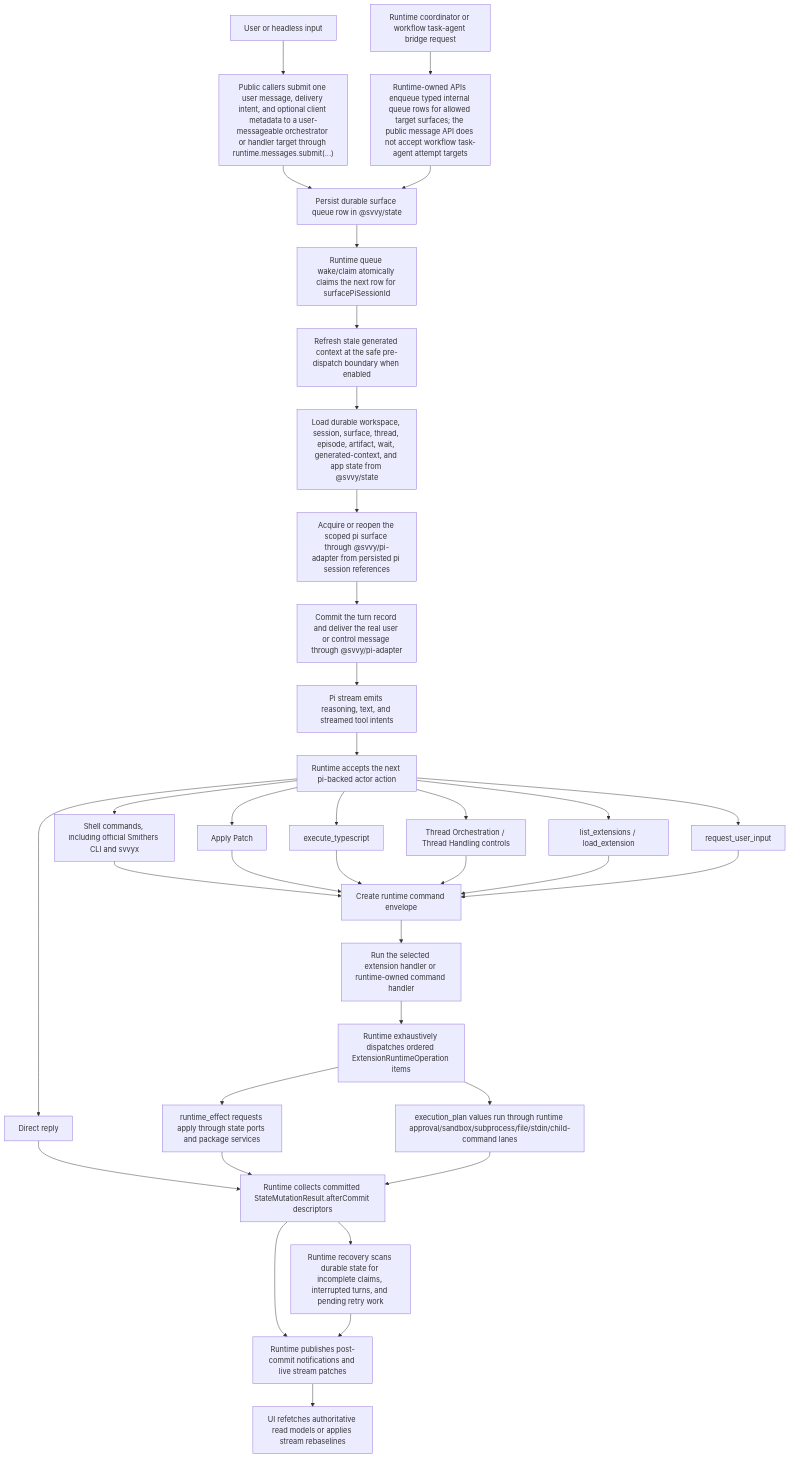
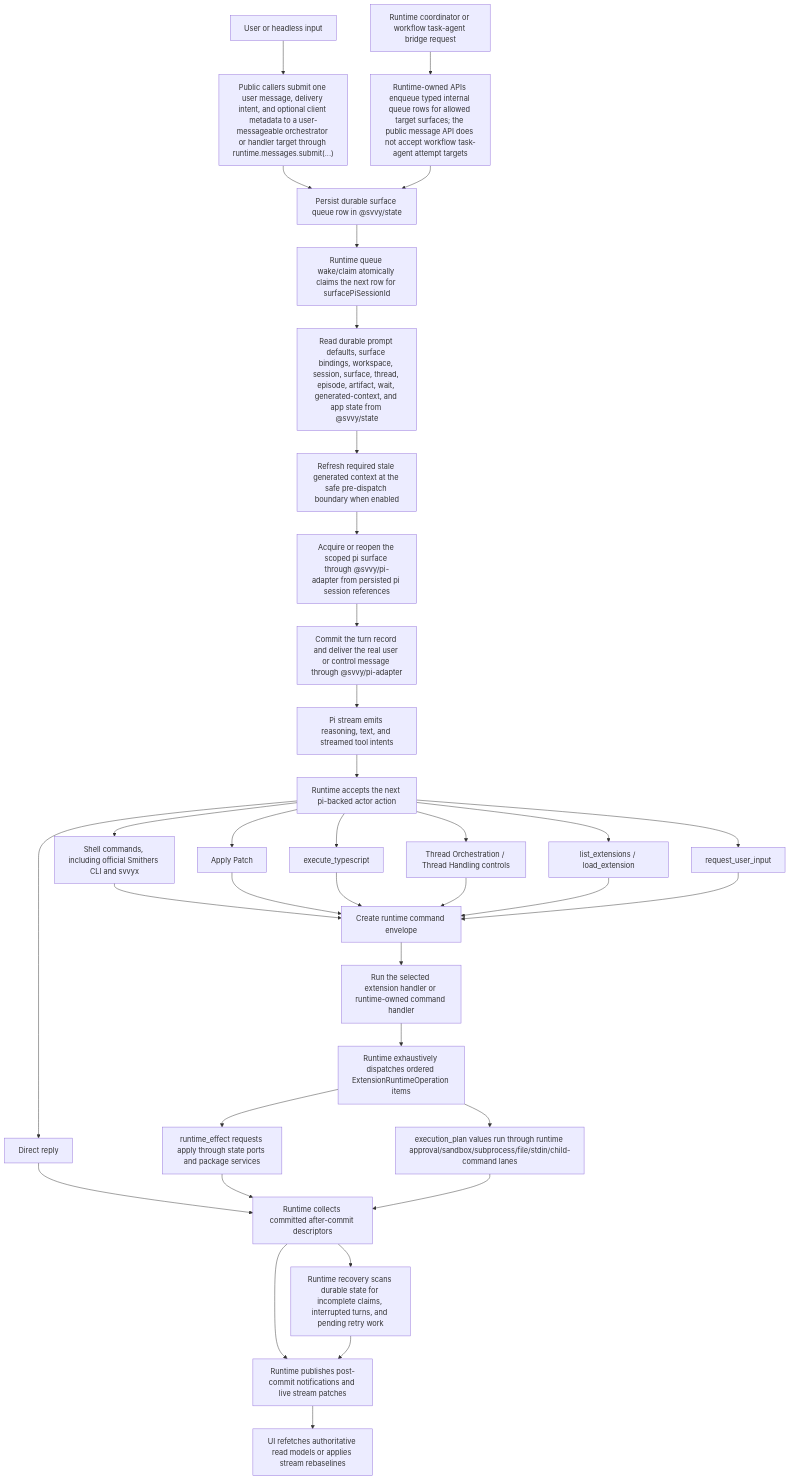
Before and after one commit to 0xpolarzero/hellm: the diagram in docs/execution-model.md, drawn with Mermaid. The commit also changed other lines of this file and 376 other files, not shown here.

First line of the commit message:
wip: snapshot effect v4 package architecture refactor

````diff
--- a/docs/execution-model.md
+++ b/docs/execution-model.md
@@ -28,38 +28,38 @@
 ```mermaid
 flowchart TD
     EntryUser["User or headless input"] --> SubmitUser["Public callers submit one user message, delivery intent, and optional client metadata to a user-messageable orchestrator or handler target through runtime.messages.submit(...)"]
     EntryInternal["Runtime coordinator or workflow task-agent bridge request"] --> SubmitInternal["Runtime-owned APIs enqueue typed internal queue rows for allowed target surfaces; the public message API does not accept workflow task-agent attempt targets"]
     SubmitUser --> Queue["Persist durable surface queue row in @svvy/state"]
     SubmitInternal --> Queue
     Queue --> Claim["Runtime queue wake/claim atomically claims the next row for surfacePiSessionId"]
-    Claim --> Refresh["Refresh stale generated context at the safe pre-dispatch boundary when enabled"]
-    Refresh --> Load["Load durable workspace, session, surface, thread, episode, artifact, wait, generated-context, and app state from @svvy/state"]
-    Load --> Surface["Acquire or reopen the scoped pi surface through @svvy/pi-adapter from persisted pi session references"]
+    Claim --> Load["Read durable prompt defaults, surface bindings, workspace, session, surface, thread, episode, artifact, wait, generated-context, and app state from @svvy/state"]
+    Load --> Refresh["Refresh required stale generated context at the safe pre-dispatch boundary when enabled"]
+    Refresh --> Surface["Acquire or reopen the scoped pi surface through @svvy/pi-adapter from persisted pi session references"]
     Surface --> Turn["Commit the turn record and deliver the real user or control message through @svvy/pi-adapter"]
     Turn --> Stream["Pi stream emits reasoning, text, and streamed tool intents"]
     Stream --> Decide["Runtime accepts the next pi-backed actor action"]
     Decide --> Direct["Direct reply"]
     Decide --> Shell["Shell commands, including official Smithers CLI and svvyx"]
     Decide --> Patch["Apply Patch"]
     Decide --> TS["execute_typescript"]
     Decide --> Threads["Thread Orchestration / Thread Handling controls"]
     Decide --> Extensions["list_extensions / load_extension"]
     Decide --> Input["request_user_input"]
     Shell --> Commands["Create runtime command envelope"]
     Patch --> Commands
     TS --> Commands
     Threads --> Commands
     Extensions --> Commands
     Input --> Commands
     Commands --> Handler["Run the selected extension handler or runtime-owned command handler"]
     Handler --> Effects["Runtime exhaustively dispatches ordered ExtensionRuntimeOperation items"]
     Direct --> State["Commit reply/turn facts through @svvy/state ports"]
     Effects --> RuntimeEffect["runtime_effect requests apply through state ports and package services"]
     Effects --> Plan["execution_plan values run through runtime approval/sandbox/subprocess/file/stdin/child-command lanes"]
-    RuntimeEffect --> State["Runtime collects committed StateMutationResult.afterCommit descriptors"]
+    RuntimeEffect --> State["Runtime collects committed after-commit descriptors"]
     Plan --> State
     State --> Notify["Runtime publishes post-commit notifications and live stream patches"]
     Notify --> UI["UI refetches authoritative read models or applies stream rebaselines"]
     State --> Recovery["Runtime recovery scans durable state for incomplete claims, interrupted turns, and pending retry work"]
     Recovery --> Notify
 ```
````
